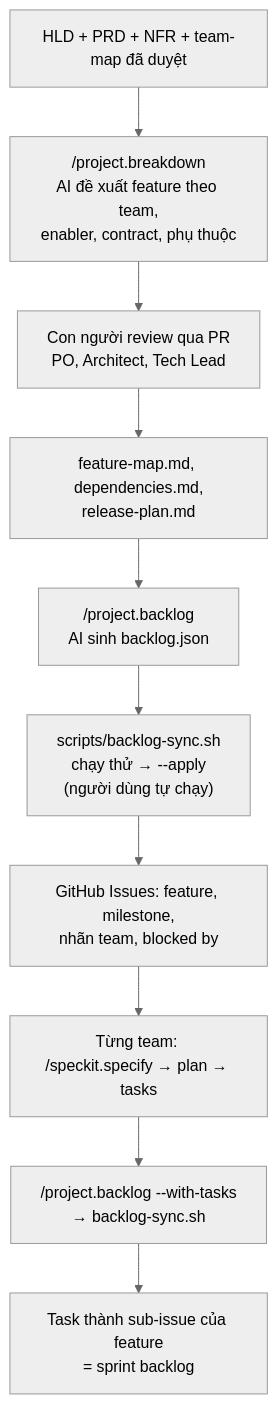
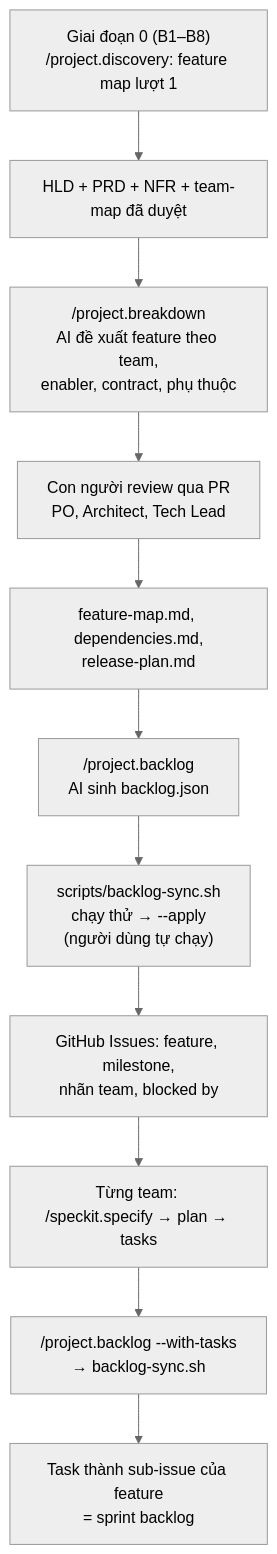
One commit to mrvntech/self-study changed the diagram in speckit-backlog.md. Above: the diagram before and after it, drawn with Mermaid (neutral theme). The commit also changed other lines of this file, not shown here.

````diff
--- a/speckit-backlog.md
+++ b/speckit-backlog.md
@@ -13,12 +98,13 @@
 ```mermaid
 flowchart TB
+    Z["Giai đoạn 0 (B1–B8)<br/>/project.discovery: feature map lượt 1"] --> A
     A[HLD + PRD + NFR + team-map đã duyệt] --> B["/project.breakdown<br/>AI đề xuất feature theo team,<br/>enabler, contract, phụ thuộc"]
     B --> C[Con người review qua PR<br/>PO, Architect, Tech Lead]
     C --> D[feature-map.md, dependencies.md,<br/>release-plan.md]
     D --> E["/project.backlog<br/>AI sinh backlog.json"]
     E --> F["scripts/backlog-sync.sh<br/>chạy thử → --apply<br/>(người dùng tự chạy)"]
     F --> G[GitHub Issues: feature, milestone,<br/>nhãn team, blocked by]
     G --> H["Từng team: /speckit.specify → plan → tasks"]
     H --> I["/project.backlog --with-tasks<br/>→ backlog-sync.sh"]
     I --> J[Task thành sub-issue của feature<br/>= sprint backlog]
 ```
````
